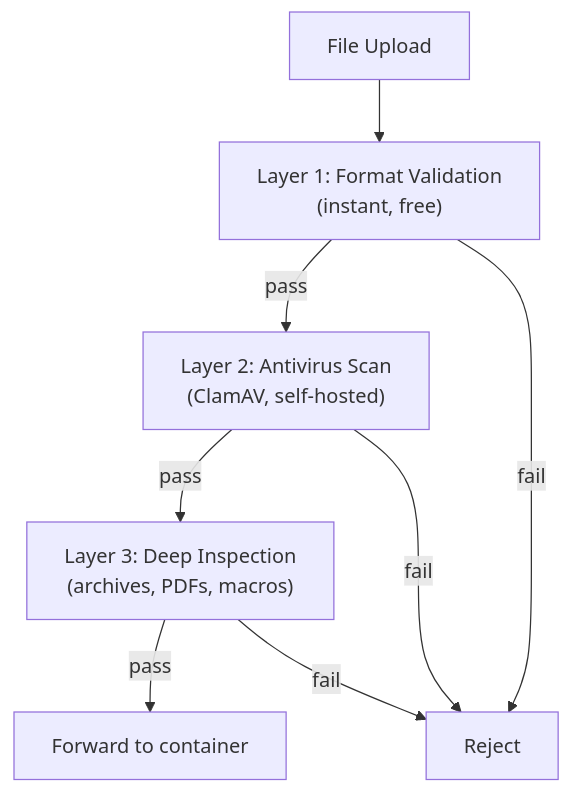
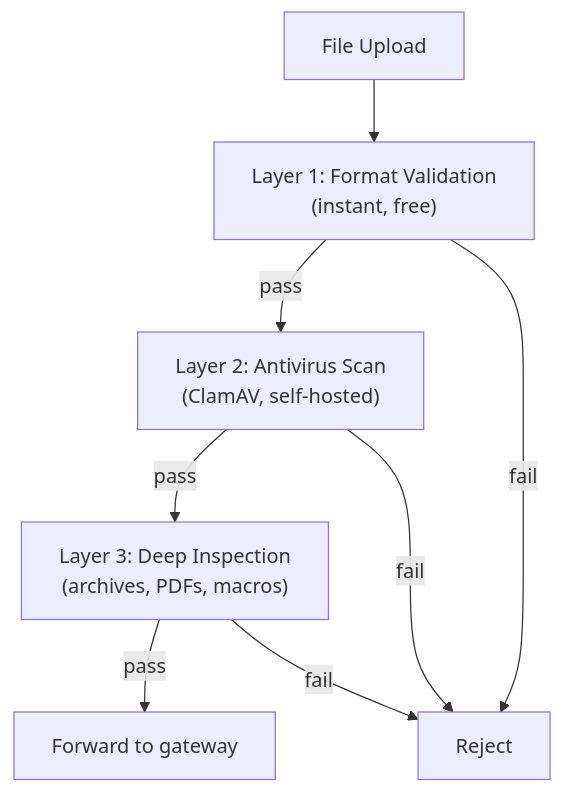
One commit to 1qh/claw changed the second of 2 diagrams in brainstorm/file-handling.md. Above: the diagram before and after it, drawn with Mermaid. The commit also changed other lines of this file and 9 other files, not shown here.

Commit message:
Update all files: replace container refs with gateway process architecture

````diff
--- a/brainstorm/file-handling.md
+++ b/brainstorm/file-handling.md
@@ -39,15 +39,15 @@
 ```mermaid
 flowchart TD
     UPLOAD[File Upload] --> L1
 
     L1["Layer 1: Format Validation\n(instant, free)"]
     L2["Layer 2: Antivirus Scan\n(ClamAV, self-hosted)"]
     L3["Layer 3: Deep Inspection\n(archives, PDFs, macros)"]
 
     L1 -->|pass| L2
     L1 -->|fail| REJECT[Reject]
     L2 -->|pass| L3
     L2 -->|fail| REJECT
-    L3 -->|pass| FORWARD[Forward to container]
+    L3 -->|pass| FORWARD[Forward to gateway]
     L3 -->|fail| REJECT
 ```
````
